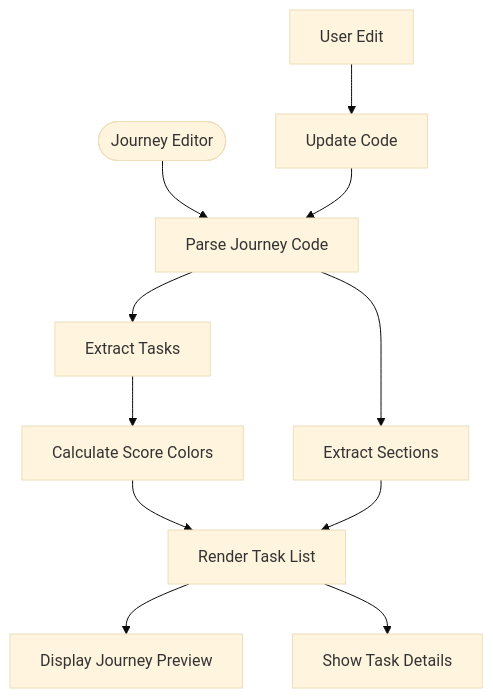
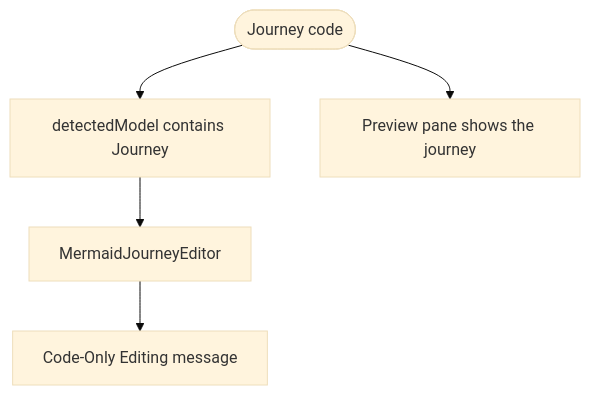
Before and after one commit to ongchonghian/universal-diagram-editor: the seventh of 10 diagrams in .qoder/repowiki/en/content/Diagram Types and Formats/Mermaid Diagrams/Advanced Chart Types.md, drawn with Mermaid (base theme). The commit also changed other lines of this file and 31 other files, not shown here.

````diff
--- a/.qoder/repowiki/en/content/Diagram Types and Formats/Mermaid Diagrams/Advanced Chart Types.md
+++ b/.qoder/repowiki/en/content/Diagram Types and Formats/Mermaid Diagrams/Advanced Chart Types.md
@@ -235,13 +209,7 @@
 ```mermaid
 flowchart TD
-Start(["Journey Editor"]) --> Parse["Parse Journey Code"]
-Parse --> Tasks["Extract Tasks"]
-Parse --> Sections["Extract Sections"]
-Tasks --> Score["Calculate Score Colors"]
-Score --> UI["Render Task List"]
-Sections --> UI
-UI --> Preview["Display Journey Preview"]
-UI --> Sidebar["Show Task Details"]
-Edit["User Edit"] --> Update["Update Code"]
-Update --> Parse
+Start(["Journey code"]) --> Detect["detectedModel contains Journey"]
+Detect --> Placeholder["MermaidJourneyEditor"]
+Placeholder --> Msg["Code-Only Editing message"]
+Start --> Preview["Preview pane shows the journey"]
 ```
````
